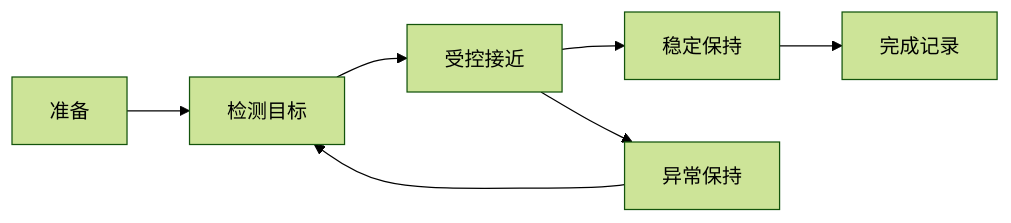
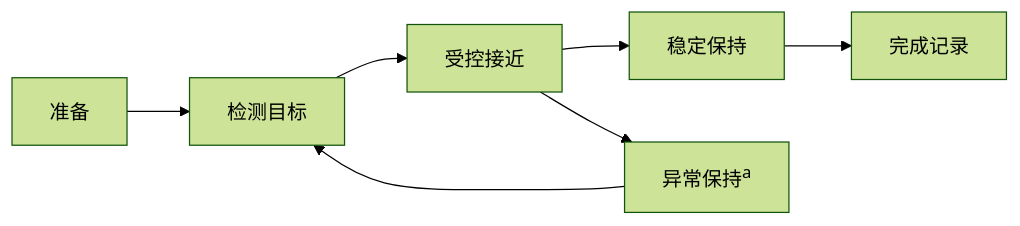
Before and after one commit to jiyeqian/md2pdf: the first of 2 diagrams in web/examples/gb.md, drawn with Mermaid (forest theme). The commit also changed other lines of this file and 26 other files, not shown here.

````diff
--- a/web/examples/gb.md
+++ b/web/examples/gb.md
@@ -319,9 +321,9 @@
 ```mermaid
 flowchart LR
  A[准备] --> B[检测目标]
  B --> C[受控接近]
  C --> D[稳定保持]
  D --> E[完成记录]
- C --> F[异常保持]
+ C --> F["异常保持<sup>a</sup>"]
  F --> B
 ```
````
